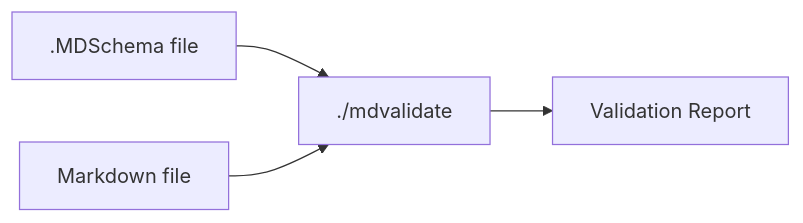
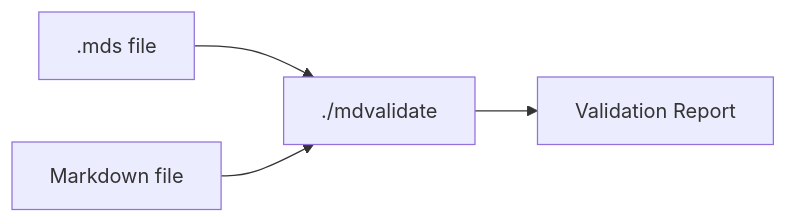
The diagram in srs.qmd (404Wolf/mdvalidate), drawn with Mermaid before and after one commit. The commit also changed other lines of this file and 9 other files, not shown here.

````diff
--- a/srs.qmd
+++ b/srs.qmd
@@ -129,6 +507,6 @@
 ```{mermaid}
 graph LR
-     A[".MDSchema file"] --> B["./mdvalidate"]
+     A[".mds file"] --> B["./mdvalidate"]
       C["Markdown file"] --> B
       B --> D["Validation Report"]
 ```
````
